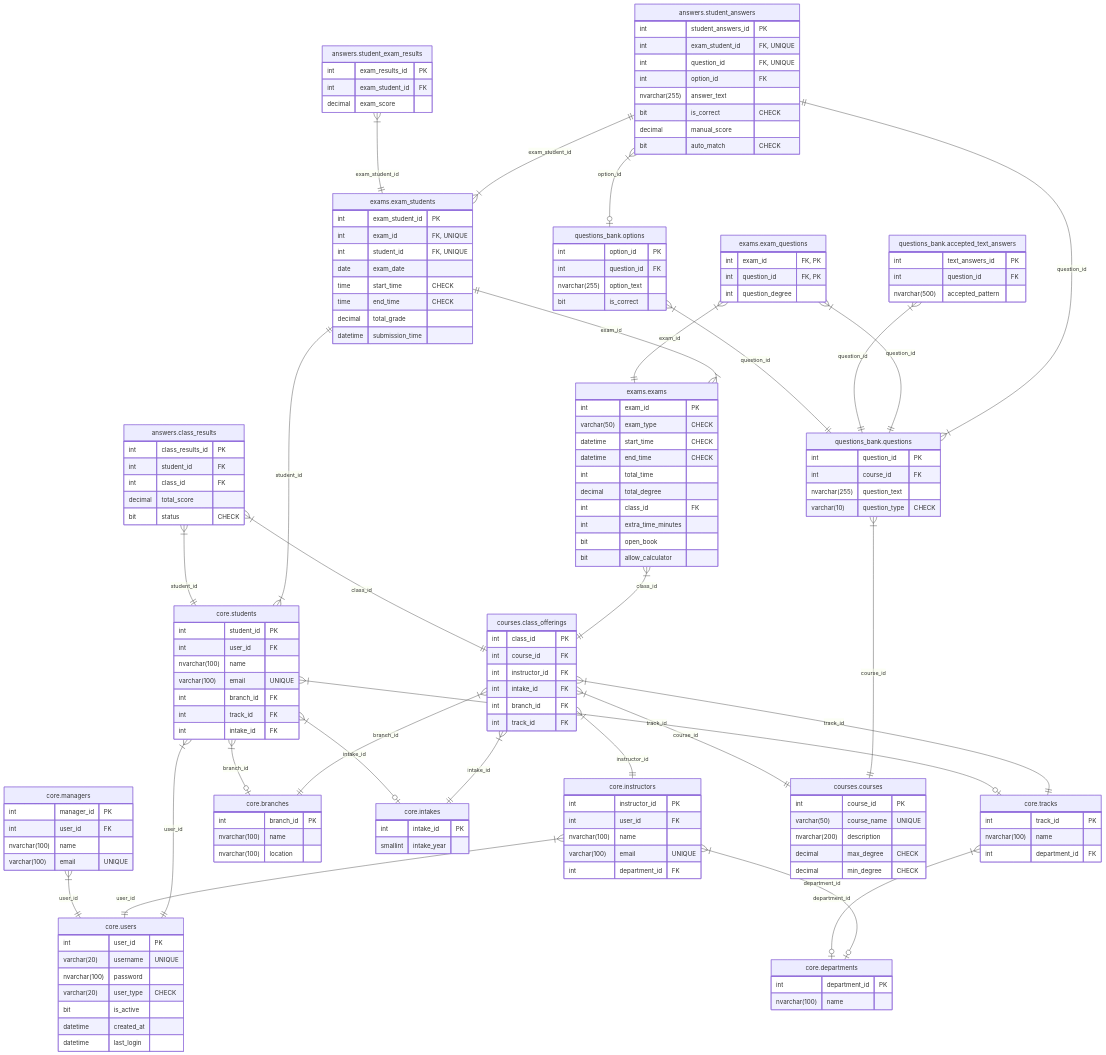
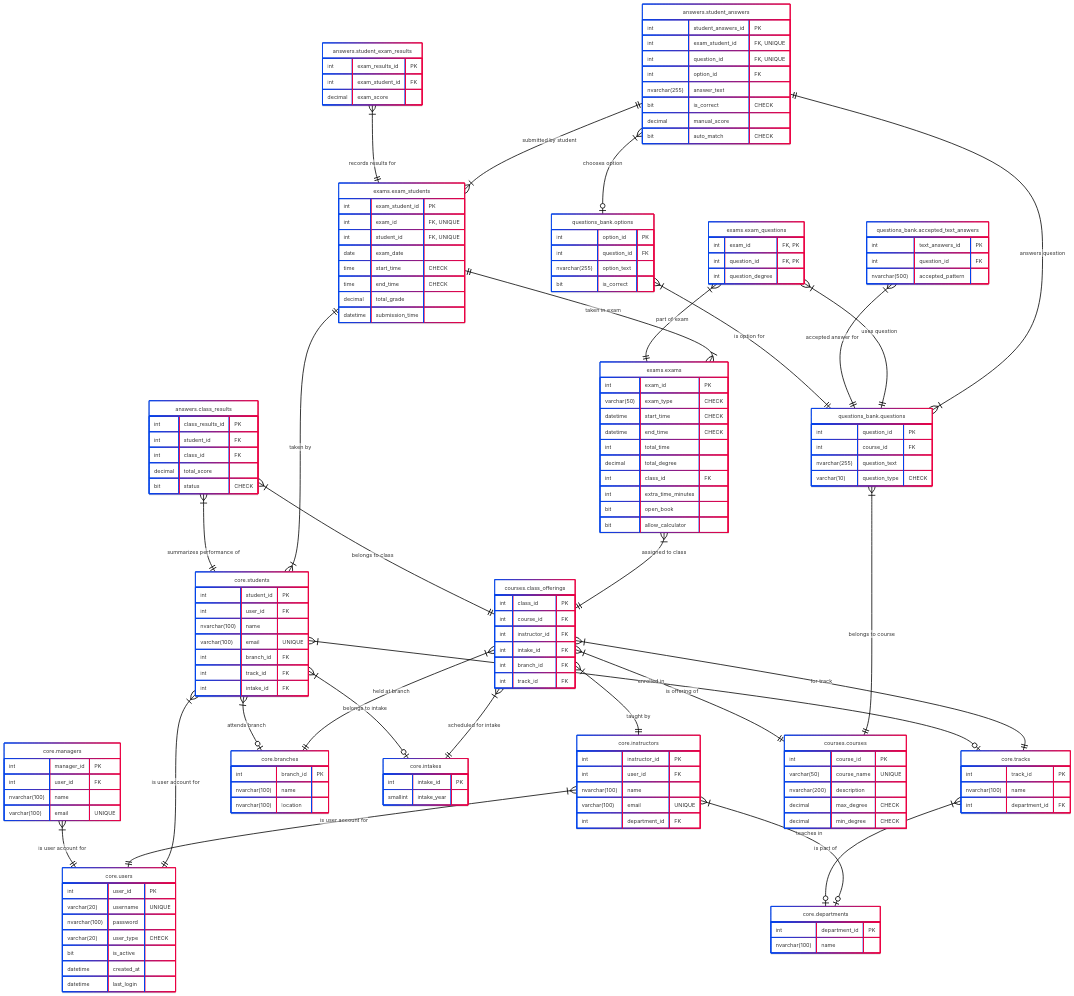
Before and after one commit to husseinMohamed7/G1-examination-system-db: the diagram in README.md, drawn with Mermaid.

````diff
--- a/README.md
+++ b/README.md
@@ -14,11 +14,15 @@
 ```mermaid
+---
+config:
+  look: neo
+  theme: neo
+  layout: dagre
+---
 erDiagram
-      
 "answers.student_exam_results" {
     int exam_results_id "PK"
           int exam_student_id "FK"
           decimal exam_score ""
-          
 }
 "answers.class_results" {
     int class_results_id "PK"
@@ -26,7 +30,6 @@
           int class_id "FK"
           decimal total_score ""
           bit status "CHECK"
-          
 }
 "core.users" {
     int user_id "PK"
@@ -36,36 +39,30 @@
           bit is_active ""
           datetime created_at ""
           datetime last_login ""
-          
 }
 "core.managers" {
     int manager_id "PK"
           int user_id "FK"
           nvarchar(100) name ""
           varchar(100) email "UNIQUE"
-          
 }
 "core.departments" {
     int department_id "PK"
           nvarchar(100) name ""
-          
 }
 "core.tracks" {
     int track_id "PK"
           nvarchar(100) name ""
           int department_id "FK"
-          
 }
 "core.branches" {
     int branch_id "PK"
           nvarchar(100) name ""
           nvarchar(100) location ""
-          
 }
 "core.intakes" {
     int intake_id "PK"
           smallint intake_year ""
-          
 }
 "core.instructors" {
     int instructor_id "PK"
@@ -73,7 +70,6 @@
           nvarchar(100) name ""
           varchar(100) email "UNIQUE"
           int department_id "FK"
-          
 }
 "core.students" {
     int student_id "PK"
@@ -83,7 +79,6 @@
           int branch_id "FK"
           int track_id "FK"
           int intake_id "FK"
-          
 }
 "courses.courses" {
     int course_id "PK"
@@ -91,7 +86,6 @@
           nvarchar(200) description ""
           decimal max_degree "CHECK"
           decimal min_degree "CHECK"
-          
 }
 "courses.class_offerings" {
     int class_id "PK"
@@ -100,27 +94,23 @@
           int intake_id "FK"
           int branch_id "FK"
           int track_id "FK"
-          
 }
 "questions_bank.questions" {
     int question_id "PK"
           int course_id "FK"
           nvarchar(255) question_text ""
           varchar(10) question_type "CHECK"
-          
 }
 "questions_bank.options" {
     int option_id "PK"
           int question_id "FK"
           nvarchar(255) option_text ""
           bit is_correct ""
-          
 }
 "questions_bank.accepted_text_answers" {
     int text_answers_id "PK"
           int question_id "FK"
           nvarchar(500) accepted_pattern ""
-          
 }
 "exams.exams" {
     int exam_id "PK"
@@ -133,13 +123,11 @@
           int extra_time_minutes ""
           bit open_book ""
           bit allow_calculator ""
-          
 }
 "exams.exam_questions" {
     int exam_id "FK, PK"
           int question_id "FK, PK"
           int question_degree ""
-          
 }
 "exams.exam_students" {
     int exam_student_id "PK"
@@ -150,7 +138,6 @@
           time end_time "CHECK"
           decimal total_grade ""
           datetime submission_time ""
-          
 }
 "answers.student_answers" {
     int student_answers_id "PK"
@@ -161,33 +148,33 @@
           bit is_correct "CHECK"
           decimal manual_score ""
           bit auto_match "CHECK"
-          
 }
-      "answers.student_exam_results" }|--|| "exams.exam_students": "exam_student_id"
-"answers.class_results" }|--|| "core.students": "student_id"
-"answers.class_results" }|--|| "courses.class_offerings": "class_id"
-"core.managers" }|--|| "core.users": "user_id"
-"core.tracks" |{--o| "core.departments": "department_id"
-"core.instructors" }|--|| "core.users": "user_id"
-"core.instructors" |{--o| "core.departments": "department_id"
-"core.students" }|--|| "core.users": "user_id"
-"core.students" |{--o| "core.branches": "branch_id"
-"core.students" |{--o| "core.tracks": "track_id"
-"core.students" |{--o| "core.intakes": "intake_id"
-"courses.class_offerings" }|--|| "courses.courses": "course_id"
-"courses.class_offerings" }|--|| "core.instructors": "instructor_id"
-"courses.class_offerings" }|--|| "core.intakes": "intake_id"
-"courses.class_offerings" }|--|| "core.branches": "branch_id"
-"courses.class_offerings" }|--|| "core.tracks": "track_id"
-"questions_bank.questions" }|--|| "courses.courses": "course_id"
-"questions_bank.options" }|--|| "questions_bank.questions": "question_id"
-"questions_bank.accepted_text_answers" }|--|| "questions_bank.questions": "question_id"
-"exams.exams" }|--|| "courses.class_offerings": "class_id"
-"exams.exam_questions" }|--|| "exams.exams": "exam_id"
-"exams.exam_questions" }|--|| "questions_bank.questions": "question_id"
-"exams.exam_students" ||--|{ "exams.exams": "exam_id"
-"exams.exam_students" ||--|{ "core.students": "student_id"
-"answers.student_answers" ||--|{ "exams.exam_students": "exam_student_id"
-"answers.student_answers" ||--|{ "questions_bank.questions": "question_id"
-"answers.student_answers" |{--o| "questions_bank.options": "option_id"
+     "answers.student_exam_results" }|--|| "exams.exam_students": "records results for"
+"answers.class_results" }|--|| "core.students": "summarizes performance of"
+"answers.class_results" }|--|| "courses.class_offerings": "belongs to class"
+"core.managers" }|--|| "core.users": "is user account for"
+"core.tracks" |{--o| "core.departments": "is part of"
+"core.instructors" }|--|| "core.users": "is user account for"
+"core.instructors" |{--o| "core.departments": "teaches in"
+"core.students" }|--|| "core.users": "is user account for"
+"core.students" |{--o| "core.branches": "attends branch"
+"core.students" |{--o| "core.tracks": "enrolled in"
+"core.students" |{--o| "core.intakes": "belongs to intake"
+"courses.class_offerings" }|--|| "courses.courses": "is offering of"
+"courses.class_offerings" }|--|| "core.instructors": "taught by"
+"courses.class_offerings" }|--|| "core.intakes": "scheduled for intake"
+"courses.class_offerings" }|--|| "core.branches": "held at branch"
+"courses.class_offerings" }|--|| "core.tracks": "for track"
+"questions_bank.questions" }|--|| "courses.courses": "belongs to course"
+"questions_bank.options" }|--|| "questions_bank.questions": "is option for"
+"questions_bank.accepted_text_answers" }|--|| "questions_bank.questions": "accepted answer for"
+"exams.exams" }|--|| "courses.class_offerings": "assigned to class"
+"exams.exam_questions" }|--|| "exams.exams": "part of exam"
+"exams.exam_questions" }|--|| "questions_bank.questions": "uses question"
+"exams.exam_students" ||--|{ "exams.exams": "taken in exam"
+"exams.exam_students" ||--|{ "core.students": "taken by"
+"answers.student_answers" ||--|{ "exams.exam_students": "submitted by student"
+"answers.student_answers" ||--|{ "questions_bank.questions": "answers question"
+"answers.student_answers" |{--o| "questions_bank.options": "chooses option"
+
 ```
````
